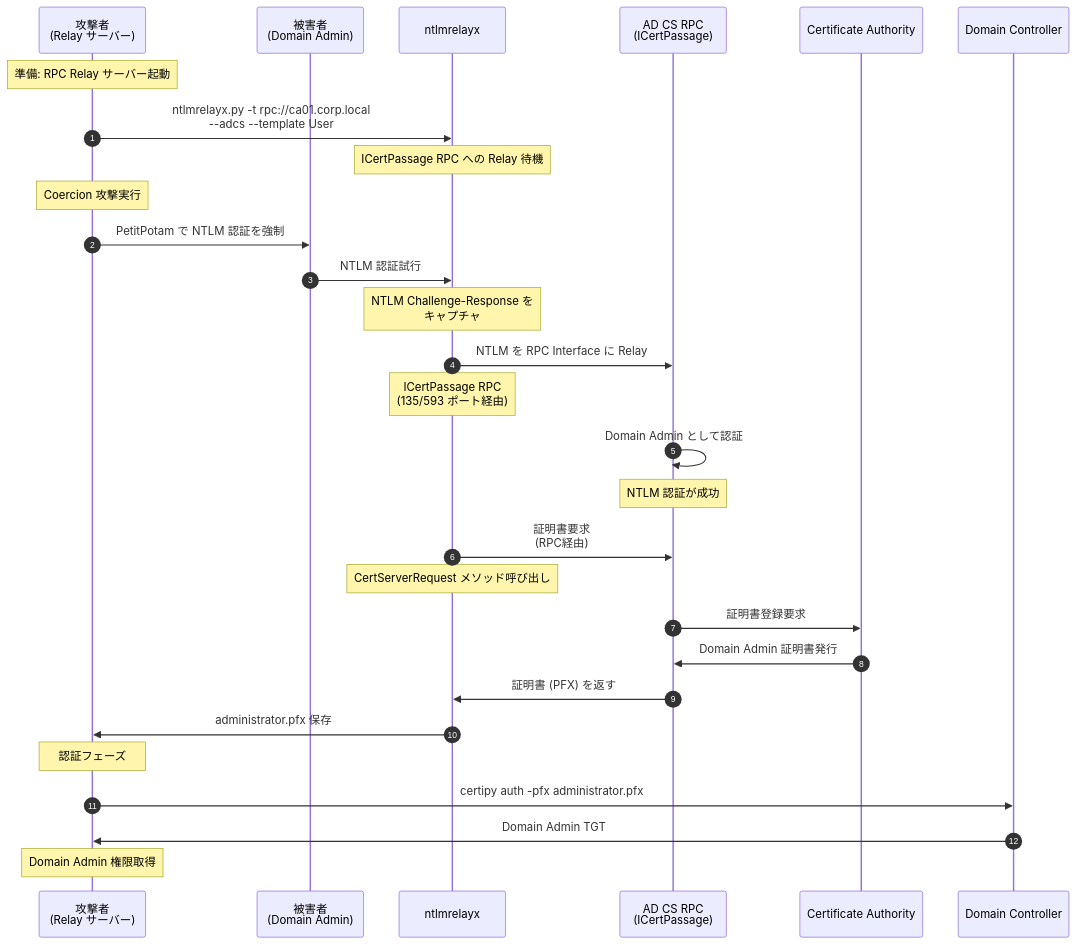
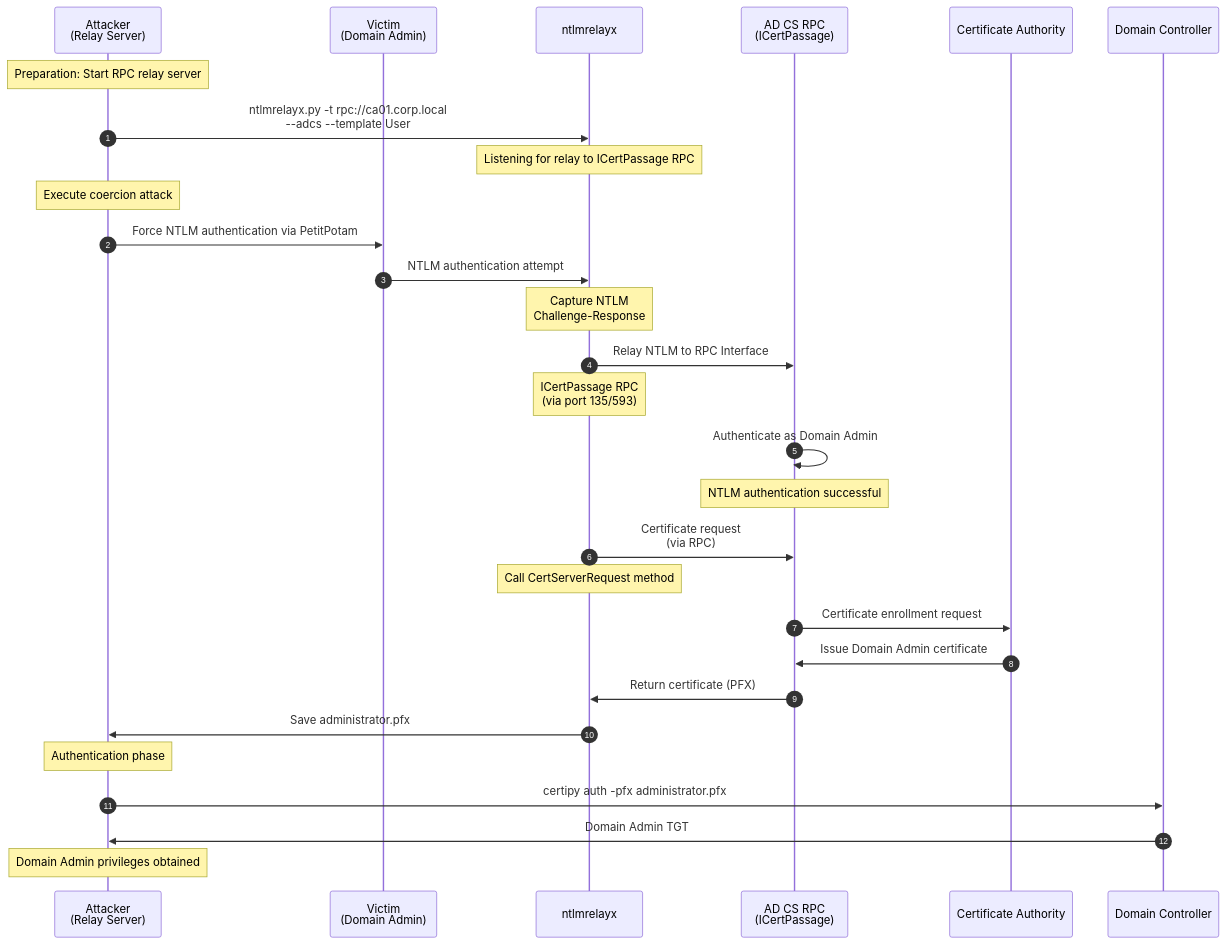
Diagram 11 of 17 in _posts/2026-03-03-tech-adcs-esc-attack-guide.md (morimori-dev/morimori-dev.github.io), drawn with Mermaid before and after one commit. The commit also changed other lines of this file and 1 other file, not shown here.

````diff
--- a/_posts/2026-03-03-tech-adcs-esc-attack-guide.md
+++ b/_posts/2026-03-03-tech-adcs-esc-attack-guide.md
@@ -1049,46 +1050,46 @@
 ```mermaid
 sequenceDiagram
     autonumber
-    participant A as 攻撃者<br/>(Relay サーバー)
-    participant V as 被害者<br/>(Domain Admin)
+    participant A as Attacker<br/>(Relay Server)
+    participant V as Victim<br/>(Domain Admin)
     participant R as ntlmrelayx
     participant RPC as AD CS RPC<br/>(ICertPassage)
     participant CA as Certificate Authority
     participant DC as Domain Controller
-    
-    Note over A: 準備: RPC Relay サーバー起動
-    
+
+    Note over A: Preparation: Start RPC relay server
+
     A->>R: ntlmrelayx.py -t rpc://ca01.corp.local<br/>--adcs --template User
-    
-    Note over R: ICertPassage RPC への Relay 待機
-    
-    Note over A: Coercion 攻撃実行
-    
-    A->>V: PetitPotam で NTLM 認証を強制
-    
-    V->>R: NTLM 認証試行
-    
-    Note over R: NTLM Challenge-Response を<br/>キャプチャ
-    
-    R->>RPC: NTLM を RPC Interface に Relay
-    Note over R: ICertPassage RPC<br/>(135/593 ポート経由)
-    
-    RPC->>RPC: Domain Admin として認証
-    Note over RPC: NTLM 認証が成功
-    
-    R->>RPC: 証明書要求<br/>(RPC経由)
-    Note over R: CertServerRequest メソッド呼び出し
-    
-    RPC->>CA: 証明書登録要求
-    CA->>RPC: Domain Admin 証明書発行
-    RPC->>R: 証明書 (PFX) を返す
-    
-    R->>A: administrator.pfx 保存
-    
-    Note over A: 認証フェーズ
-    
+
+    Note over R: Listening for relay to ICertPassage RPC
+
+    Note over A: Execute coercion attack
+
+    A->>V: Force NTLM authentication via PetitPotam
+
+    V->>R: NTLM authentication attempt
+
+    Note over R: Capture NTLM<br/>Challenge-Response
+
+    R->>RPC: Relay NTLM to RPC Interface
+    Note over R: ICertPassage RPC<br/>(via port 135/593)
+
+    RPC->>RPC: Authenticate as Domain Admin
+    Note over RPC: NTLM authentication successful
+
+    R->>RPC: Certificate request<br/>(via RPC)
+    Note over R: Call CertServerRequest method
+
+    RPC->>CA: Certificate enrollment request
+    CA->>RPC: Issue Domain Admin certificate
+    RPC->>R: Return certificate (PFX)
+
+    R->>A: Save administrator.pfx
+
+    Note over A: Authentication phase
+
     A->>DC: certipy auth -pfx administrator.pfx
     DC->>A: Domain Admin TGT
-    
-    Note over A: Domain Admin 権限取得
+
+    Note over A: Domain Admin privileges obtained
 ```
````
